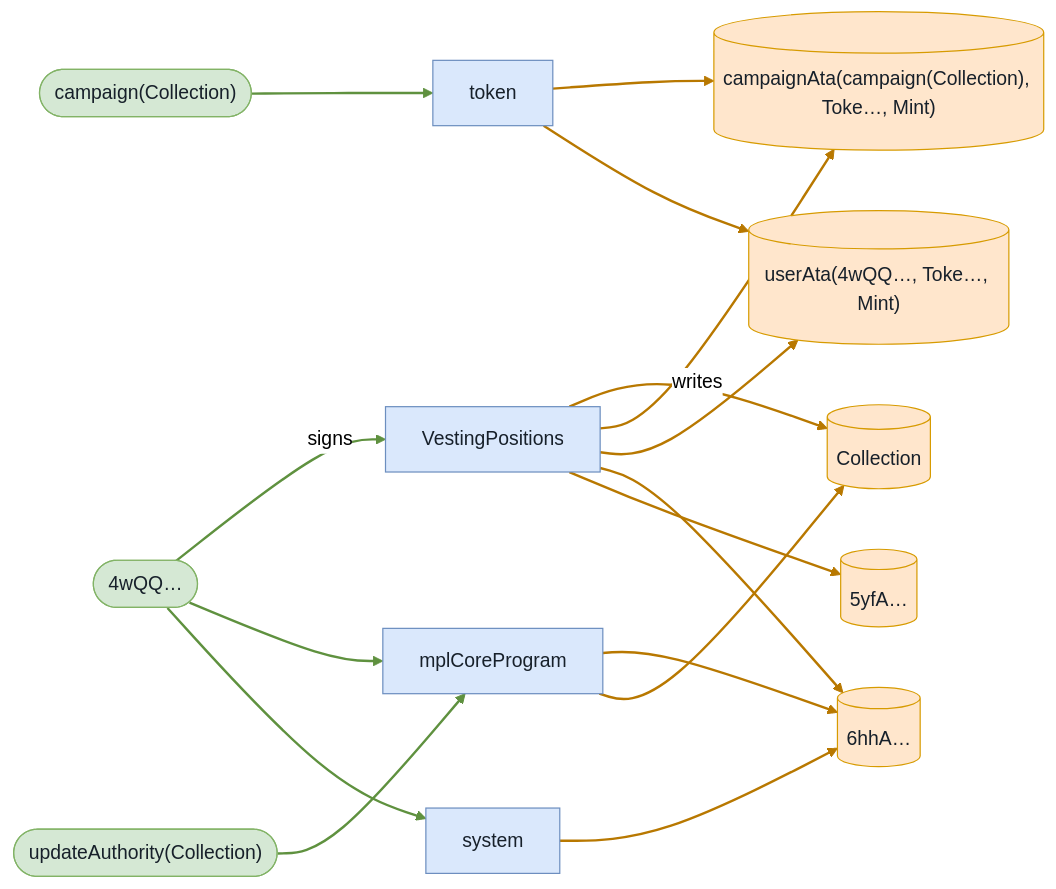
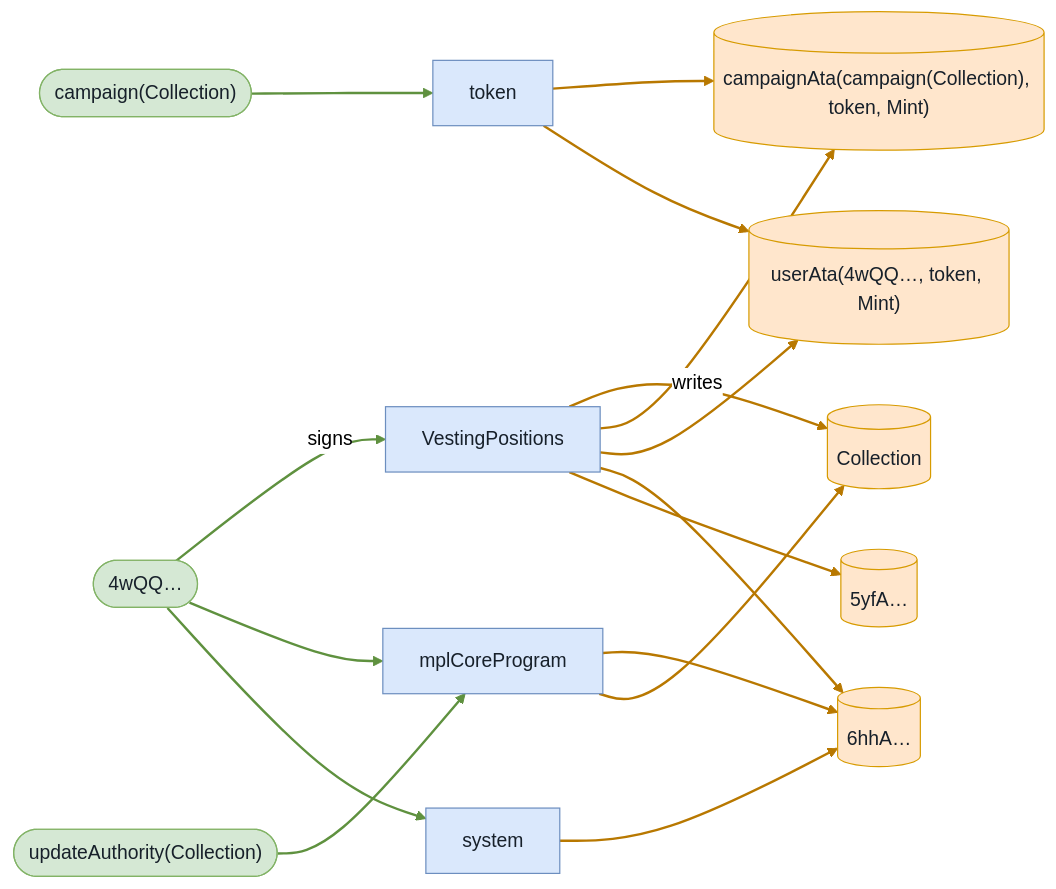
Diagram 11 of 12 in babelfish-tests/test-report/final_claim_freezes_badge_even_when_collection_frozen.md (cds-turbin3/vesting-position), drawn with Mermaid (neutral theme) before and after one commit. The commit also changed other lines of this file and 104 other files, not shown here.

````diff
--- a/babelfish-tests/test-report/final_claim_freezes_badge_even_when_collection_frozen.md
+++ b/babelfish-tests/test-report/final_claim_freezes_badge_even_when_collection_frozen.md
@@ -489,35 +489,35 @@
 ```mermaid
 flowchart LR
     VestingPositions["VestingPositions"]:::program
     n4wQQ(["4wQQ…"]):::signer
     Collection[("Collection")]:::state
-    campaignAtacampaignCollectionTokeMint[("campaignAta(campaign(Collection), Toke…, Mint)")]:::state
-    userAta4wQQTokeMint[("userAta(4wQQ…, Toke…, Mint)")]:::state
+    campaignAtacampaignCollectiontokenMint[("campaignAta(campaign(Collection), token, Mint)")]:::state
+    userAta4wQQtokenMint[("userAta(4wQQ…, token, Mint)")]:::state
     n6hhA[("6hhA…")]:::state
     n5yfA[("5yfA…")]:::state
     mplCoreProgram["mplCoreProgram"]:::program
     updateAuthorityCollection(["updateAuthority(Collection)"]):::signer
     system["system"]:::program
     token["token"]:::program
     campaignCollection(["campaign(Collection)"]):::signer
     n4wQQ -->|signs| VestingPositions
     VestingPositions -->|writes| Collection
-    VestingPositions --> campaignAtacampaignCollectionTokeMint
-    VestingPositions --> userAta4wQQTokeMint
+    VestingPositions --> campaignAtacampaignCollectiontokenMint
+    VestingPositions --> userAta4wQQtokenMint
     VestingPositions --> n6hhA
     VestingPositions --> n5yfA
     mplCoreProgram --> n6hhA
     mplCoreProgram --> Collection
     n4wQQ --> mplCoreProgram
     updateAuthorityCollection --> mplCoreProgram
     n4wQQ --> system
     system --> n6hhA
-    token --> campaignAtacampaignCollectionTokeMint
-    token --> userAta4wQQTokeMint
+    token --> campaignAtacampaignCollectiontokenMint
+    token --> userAta4wQQtokenMint
     campaignCollection --> token
     classDef program fill:#dae8fc,stroke:#6c8ebf,color:#17202a;
     classDef signer fill:#d5e8d4,stroke:#82b366,color:#17202a;
     classDef state fill:#ffe6cc,stroke:#d79b00,color:#17202a;
     linkStyle 0,8,9,10,14 stroke:#5f913f,stroke-width:2px
     linkStyle 1,2,3,4,5,6,7,11,12,13 stroke:#b87800,stroke-width:2px
 ```
````
